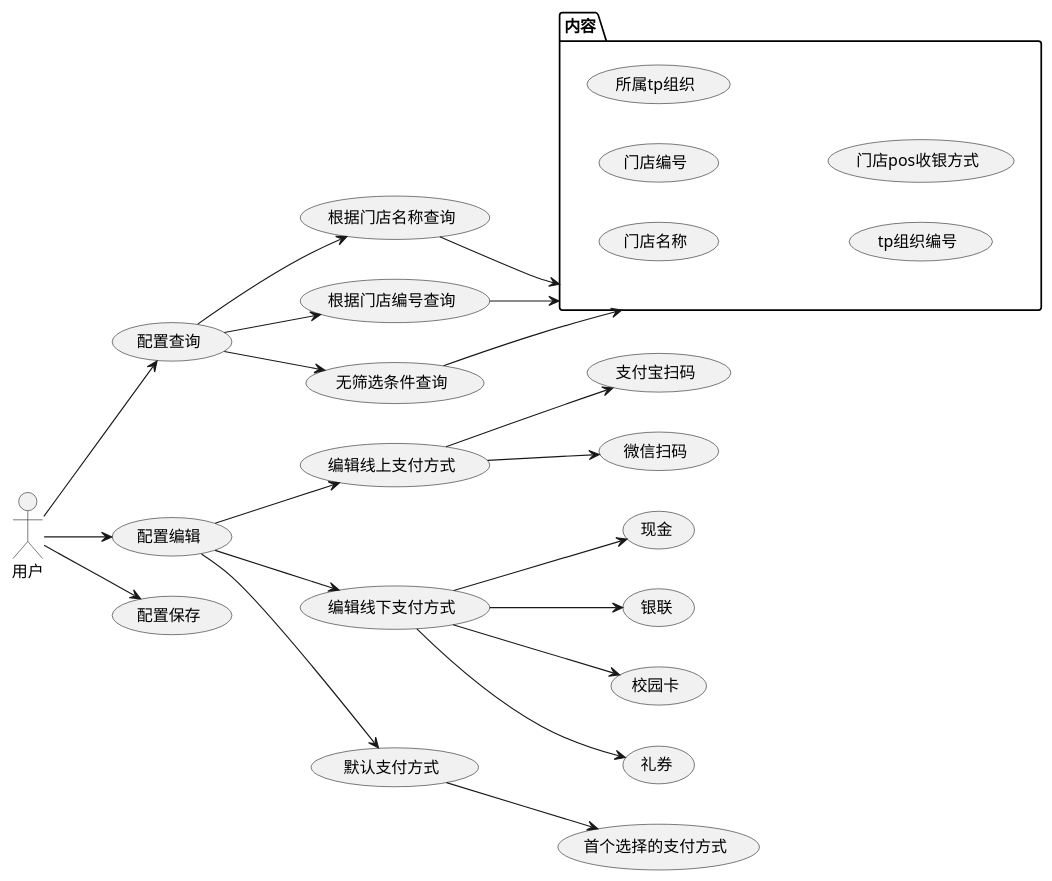
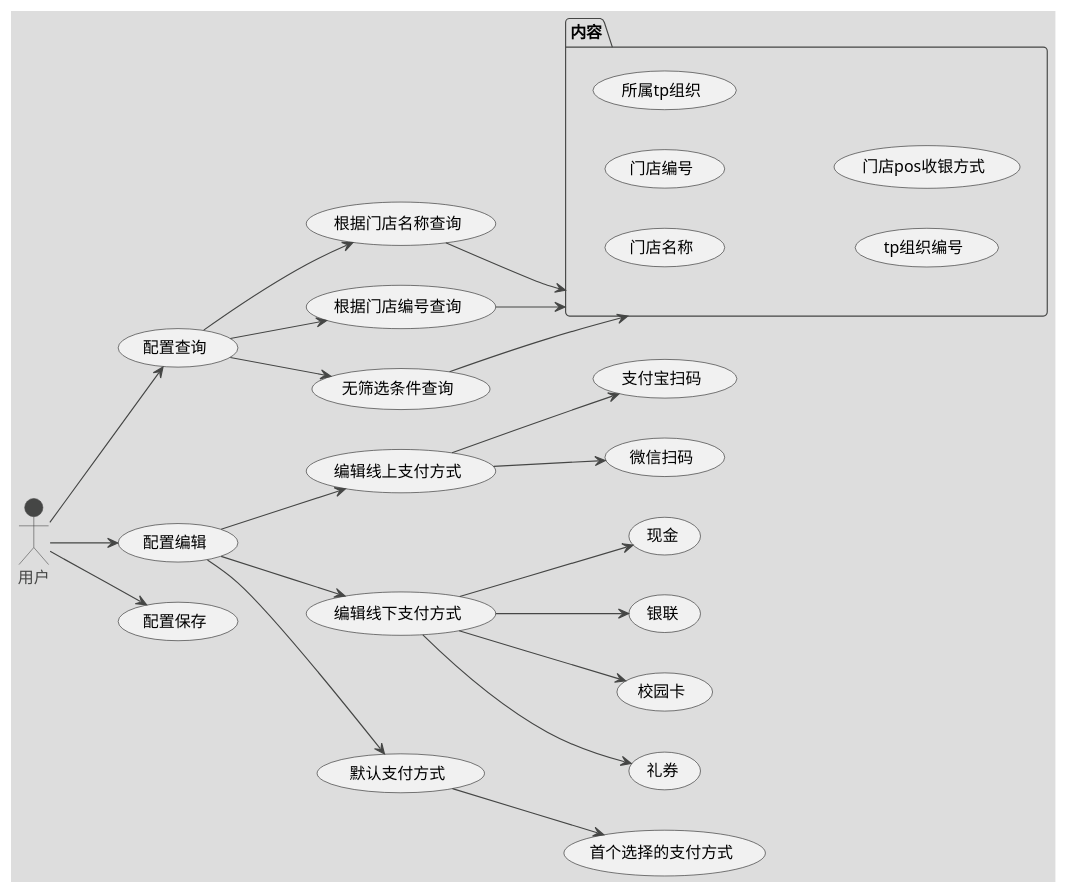
Before and after one commit to xauvlove/uml: the diagram in src/main/resource/天猫校园/pos/业务用例.puml, drawn with PlantUML. The commit also changed 21 other files, not shown here.

```diff
--- a/src/main/resource/天猫校园/pos/业务用例.puml
+++ b/src/main/resource/天猫校园/pos/业务用例.puml
@@ -1,66 +1,67 @@
 @startuml
 'https://plantuml.com/use-case-diagram
+!theme toy
 
 left to right direction
 
 '-----------------------------------------------------------
 actor 用户 as user
 '-----------------------------------------------------------
 usecase 配置查询
 usecase 根据门店名称查询
 usecase 根据门店编号查询
 usecase 无筛选条件查询
 
 package 内容 {
     usecase 门店名称
     usecase 门店编号
     usecase 所属tp组织
     usecase tp组织编号
     usecase 门店pos收银方式
 }
 
 user --> 配置查询
 配置查询 --> 根据门店名称查询
 配置查询 --> 根据门店编号查询
 配置查询 --> 无筛选条件查询
 
 根据门店名称查询 --> 内容
 根据门店编号查询 --> 内容
 无筛选条件查询 --> 内容
 
 '-----------------------------------------------------------
 usecase 配置编辑
 usecase 编辑线上支付方式
 usecase 编辑线下支付方式
 usecase 默认支付方式
 
 usecase 支付宝扫码
 usecase 微信扫码
 
 usecase 现金
 usecase 银联
 usecase 校园卡
 usecase 礼券
 
 usecase 首个选择的支付方式
 
 user --> 配置编辑
 配置编辑 --> 编辑线上支付方式
 配置编辑 --> 编辑线下支付方式
 配置编辑 --> 默认支付方式
 
 编辑线上支付方式 --> 支付宝扫码
 编辑线上支付方式 --> 微信扫码
 
 编辑线下支付方式 --> 现金
 编辑线下支付方式 --> 银联
 编辑线下支付方式 --> 校园卡
 编辑线下支付方式 --> 礼券
 
 默认支付方式 --> 首个选择的支付方式
 '-----------------------------------------------------------
 usecase 配置保存
 
 user --> 配置保存
 '-----------------------------------------------------------
 @enduml
```
